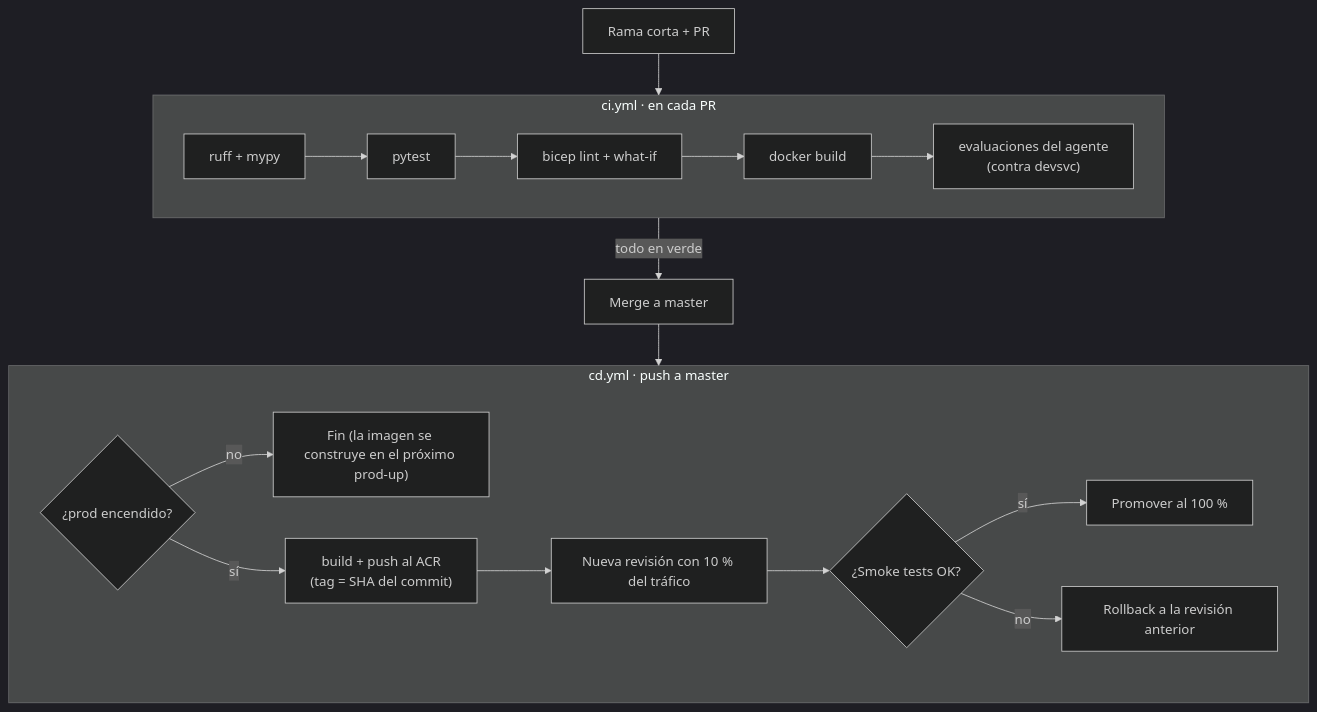
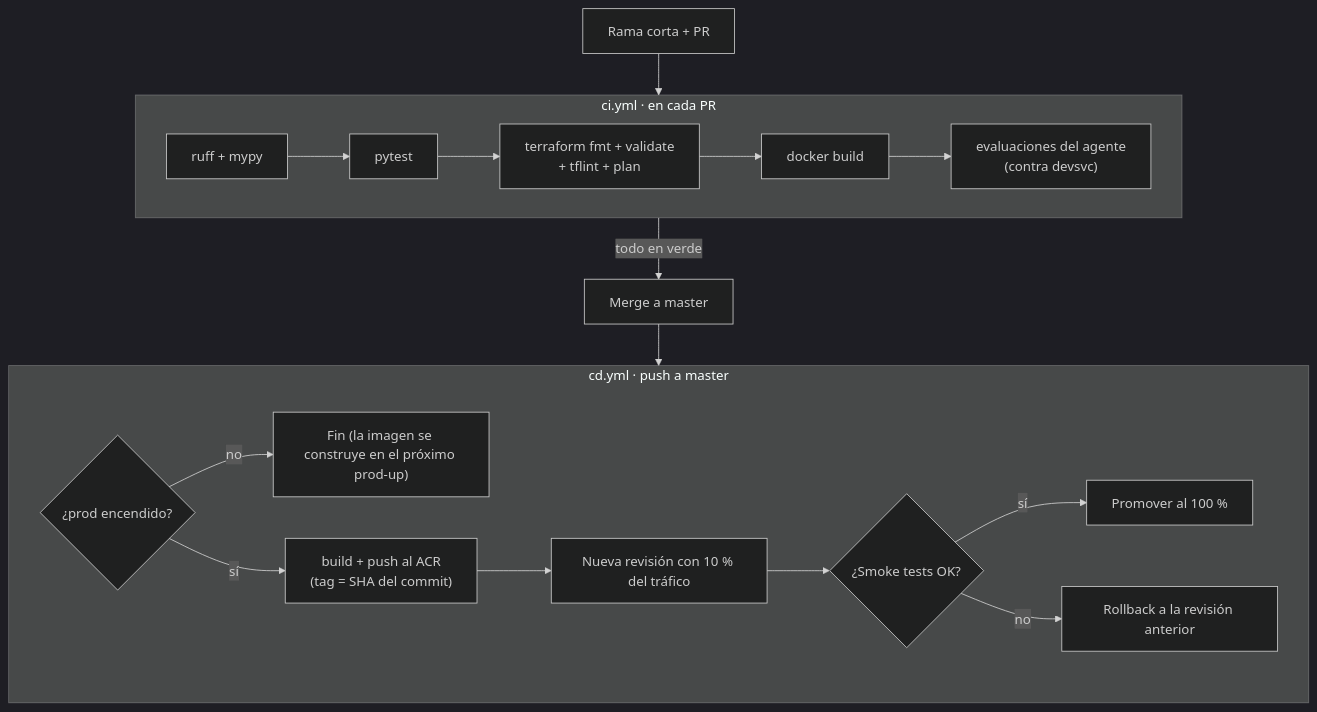
The sixth of 7 diagrams in PLAN.md (CRPA22/football-agent-project), drawn with Mermaid (dark theme) before and after one commit. The commit also changed other lines of this file and 3 other files, not shown here.

Commit message:
docs: adoptar Terraform como IaC (ADR 0004) y actualizar el plan (#6)

````diff
--- a/PLAN.md
+++ b/PLAN.md
@@ -311,18 +331,18 @@
 ```mermaid
 flowchart TB
     dev["Rama corta + PR"] --> ci
     subgraph ci["ci.yml · en cada PR"]
-        c1["ruff + mypy"] --> c2["pytest"] --> c3["bicep lint + what-if"] --> c4["docker build"] --> c5["evaluaciones del agente<br/>(contra devsvc)"]
+        c1["ruff + mypy"] --> c2["pytest"] --> c3["terraform fmt + validate<br/>+ tflint + plan"] --> c4["docker build"] --> c5["evaluaciones del agente<br/>(contra devsvc)"]
     end
     ci -->|"todo en verde"| merge["Merge a master"]
     merge --> cd
     subgraph cd["cd.yml · push a master"]
         d0{"¿prod encendido?"}
         d0 -->|"no"| dskip["Fin (la imagen se construye en el próximo prod-up)"]
         d0 -->|"sí"| d1["build + push al ACR<br/>(tag = SHA del commit)"]
         d1 --> d2["Nueva revisión con 10 % del tráfico"]
         d2 --> d3{"¿Smoke tests OK?"}
         d3 -->|"sí"| d4["Promover al 100 %"]
         d3 -->|"no"| d5["Rollback a la revisión anterior"]
     end
 ```
````
